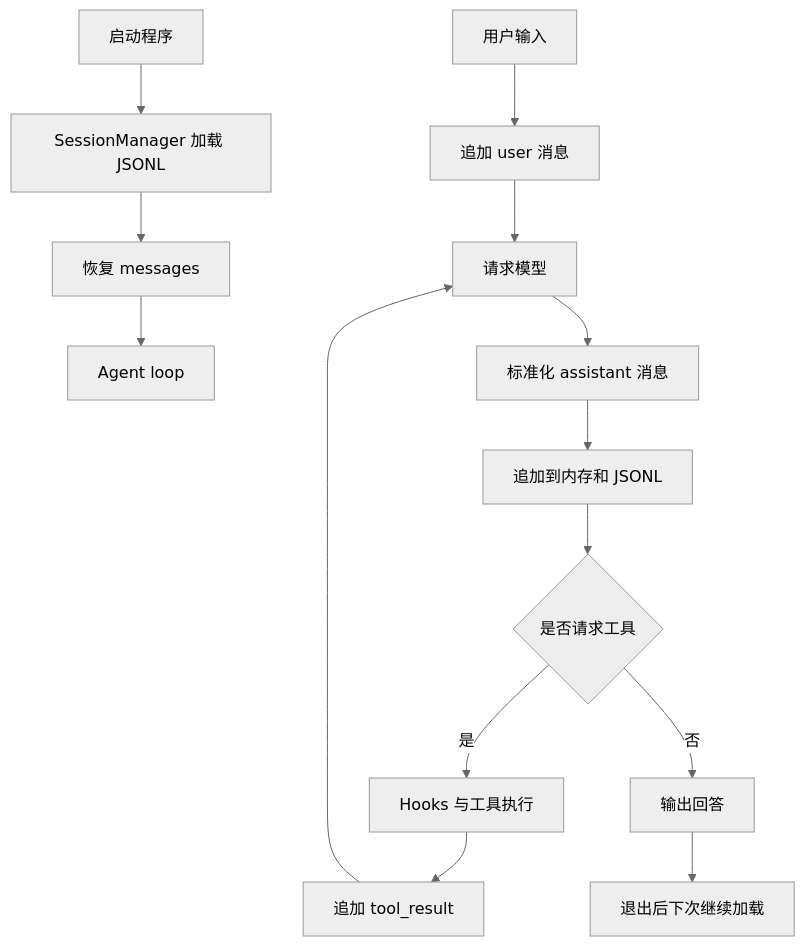
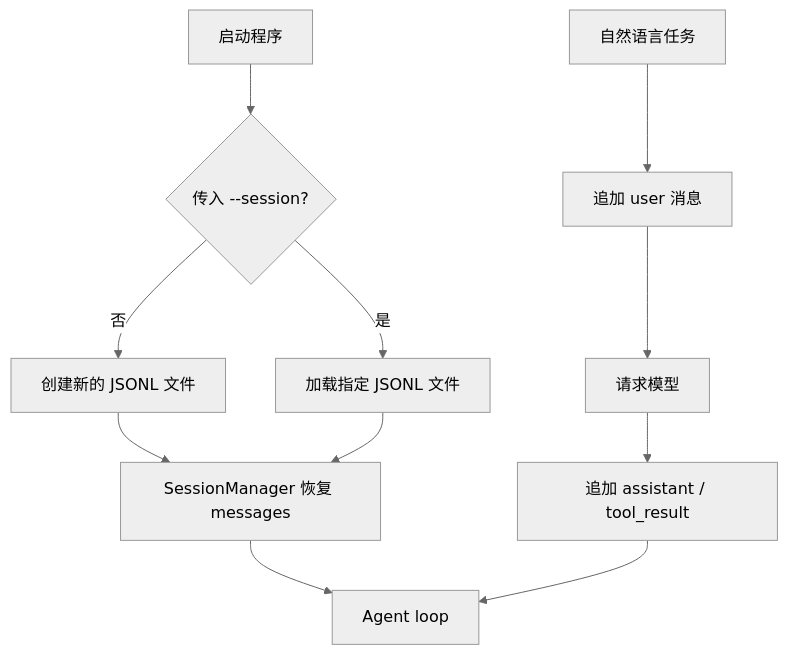
The diagram in s05_session/README.md (liuying151203-create/zero2pi), drawn with Mermaid (neutral theme) before and after one commit. The commit also changed other lines of this file and 3 other files, not shown here.

Commit message:
refactor(session): simplify session selection flow / 简化会话选择流程

````diff
--- a/s05_session/README.md
+++ b/s05_session/README.md
@@ -7,16 +7,13 @@
 ```mermaid
 flowchart TD
-    A[启动程序] --> B[SessionManager 加载 JSONL]
-    B --> C[恢复 messages]
-    C --> D[Agent loop]
-    E[用户输入] --> F[追加 user 消息]
-    F --> G[请求模型]
-    G --> H[标准化 assistant 消息]
-    H --> I[追加到内存和 JSONL]
-    I --> J{是否请求工具}
-    J -- 是 --> K[Hooks 与工具执行]
-    K --> L[追加 tool_result]
-    L --> G
-    J -- 否 --> M[输出回答]
-    M --> N[退出后下次继续加载]
+    A[启动程序] --> B{传入 --session?}
+    B -- 否 --> C[创建新的 JSONL 文件]
+    B -- 是 --> D[加载指定 JSONL 文件]
+    C --> E[SessionManager 恢复 messages]
+    D --> E
+    E --> F[Agent loop]
+    G[自然语言任务] --> H[追加 user 消息]
+    H --> I[请求模型]
+    I --> J[追加 assistant / tool_result]
+    J --> F
 ```
````
